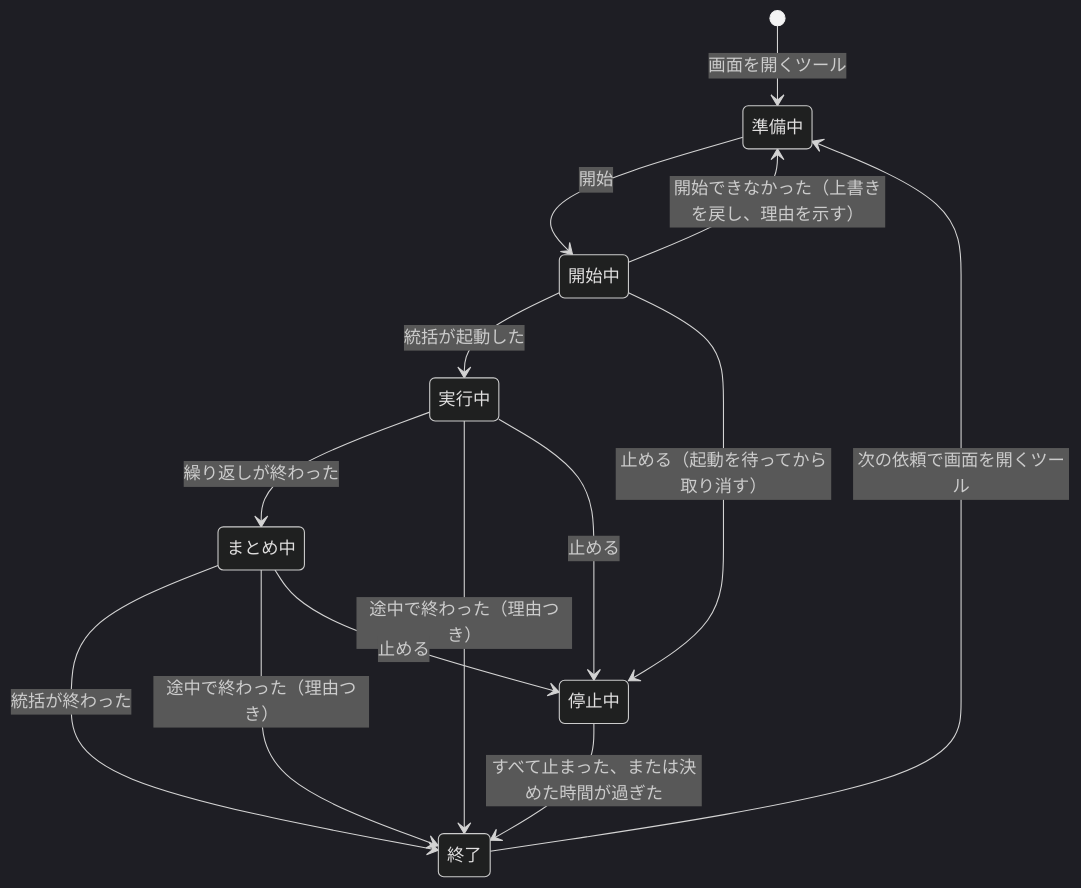
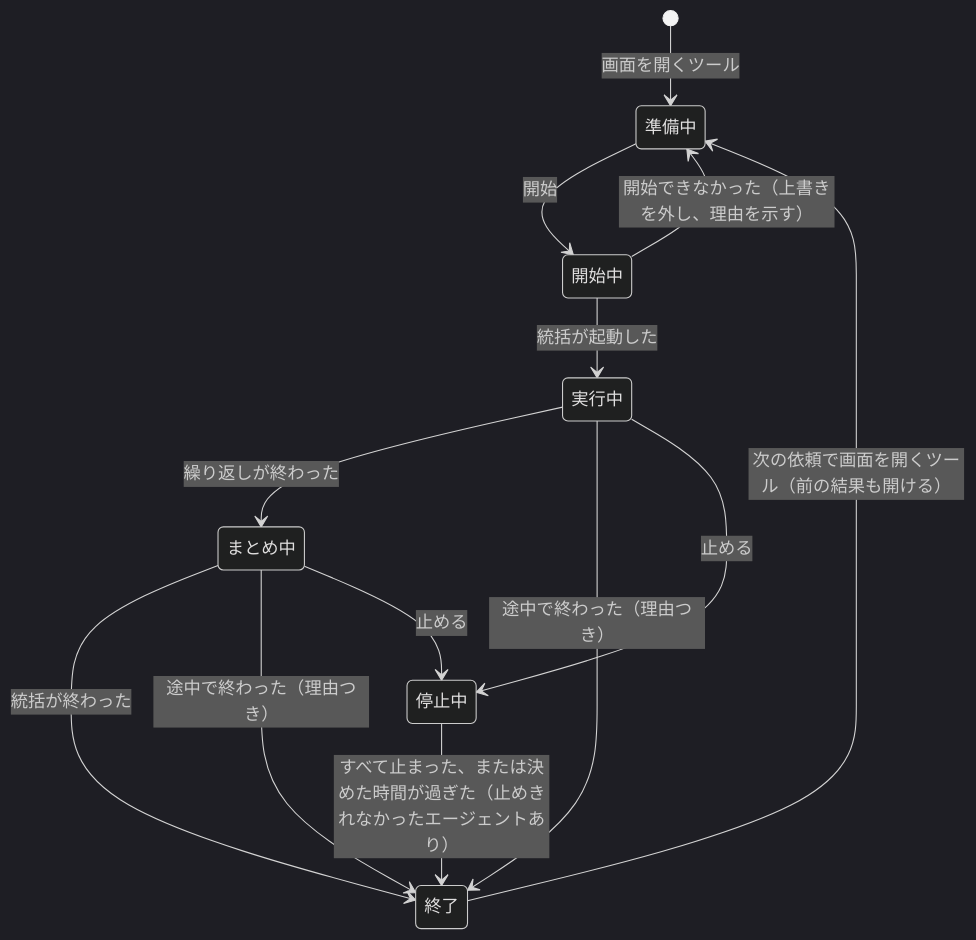
One commit to imaeda-hub/plugin-creater changed the fourth of 4 diagrams in docs/design/generated-plugin-structure.md. Above: the diagram before and after it, drawn with Mermaid (dark theme). The commit also changed other lines of this file and 2 other files, not shown here.

````diff
--- a/docs/design/generated-plugin-structure.md
+++ b/docs/design/generated-plugin-structure.md
@@ -388,16 +350,15 @@
 ```mermaid
 stateDiagram-v2
   [*] --> 準備中: 画面を開くツール
   準備中 --> 開始中: 開始
-  開始中 --> 準備中: 開始できなかった（上書きを戻し、理由を示す）
+  開始中 --> 準備中: 開始できなかった（上書きを外し、理由を示す）
   開始中 --> 実行中: 統括が起動した
-  開始中 --> 停止中: 止める（起動を待ってから取り消す）
   実行中 --> まとめ中: 繰り返しが終わった
   まとめ中 --> 終了: 統括が終わった
   実行中 --> 終了: 途中で終わった（理由つき）
   まとめ中 --> 終了: 途中で終わった（理由つき）
   実行中 --> 停止中: 止める
   まとめ中 --> 停止中: 止める
-  停止中 --> 終了: すべて止まった、または決めた時間が過ぎた
-  終了 --> 準備中: 次の依頼で画面を開くツール
+  停止中 --> 終了: すべて止まった、または決めた時間が過ぎた（止めきれなかったエージェントあり）
+  終了 --> 準備中: 次の依頼で画面を開くツール（前の結果も開ける）
 ```
````
